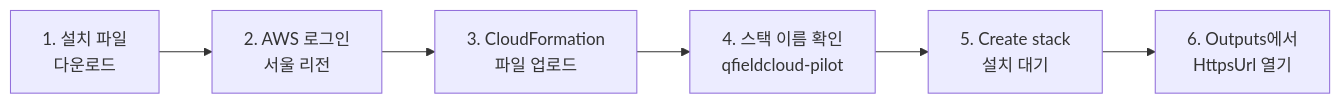
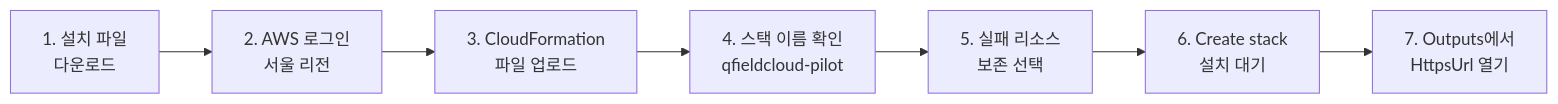
One commit to jusubkim94/qfieldcloud-self-hosting-for-arboreta changed the diagram in README.md. Above: the diagram before and after it, drawn with Mermaid. The commit also changed other lines of this file and 11 other files, not shown here.

````diff
--- a/README.md
+++ b/README.md
@@ -26,8 +26,9 @@
 ```mermaid
 flowchart LR
     A[1. 설치 파일<br/>다운로드] --> B[2. AWS 로그인<br/>서울 리전]
     B --> C[3. CloudFormation<br/>파일 업로드]
     C --> D[4. 스택 이름 확인<br/>qfieldcloud-pilot]
-    D --> E[5. Create stack<br/>설치 대기]
-    E --> F[6. Outputs에서<br/>HttpsUrl 열기]
+    D --> E[5. 실패 리소스<br/>보존 선택]
+    E --> F[6. Create stack<br/>설치 대기]
+    F --> G[7. Outputs에서<br/>HttpsUrl 열기]
 ```
````
